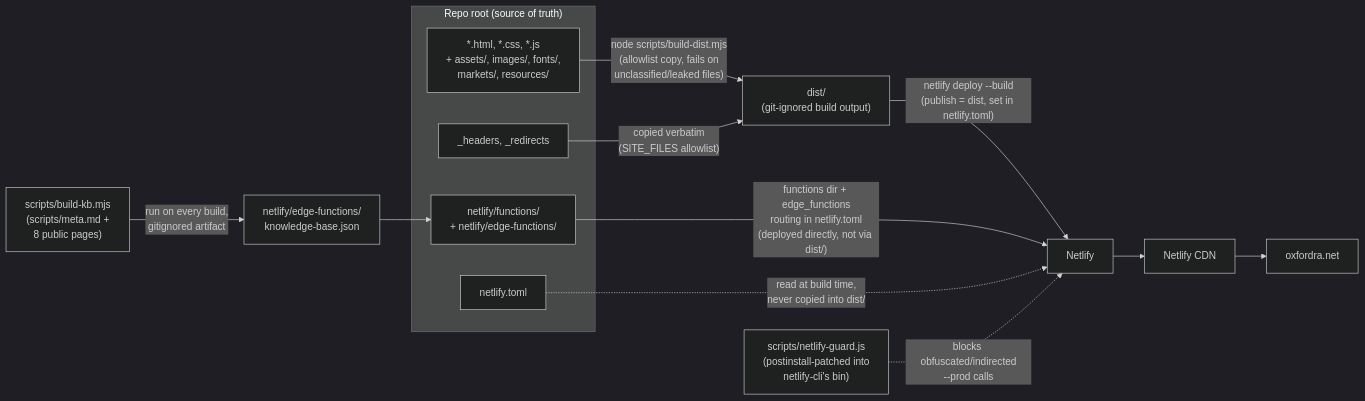
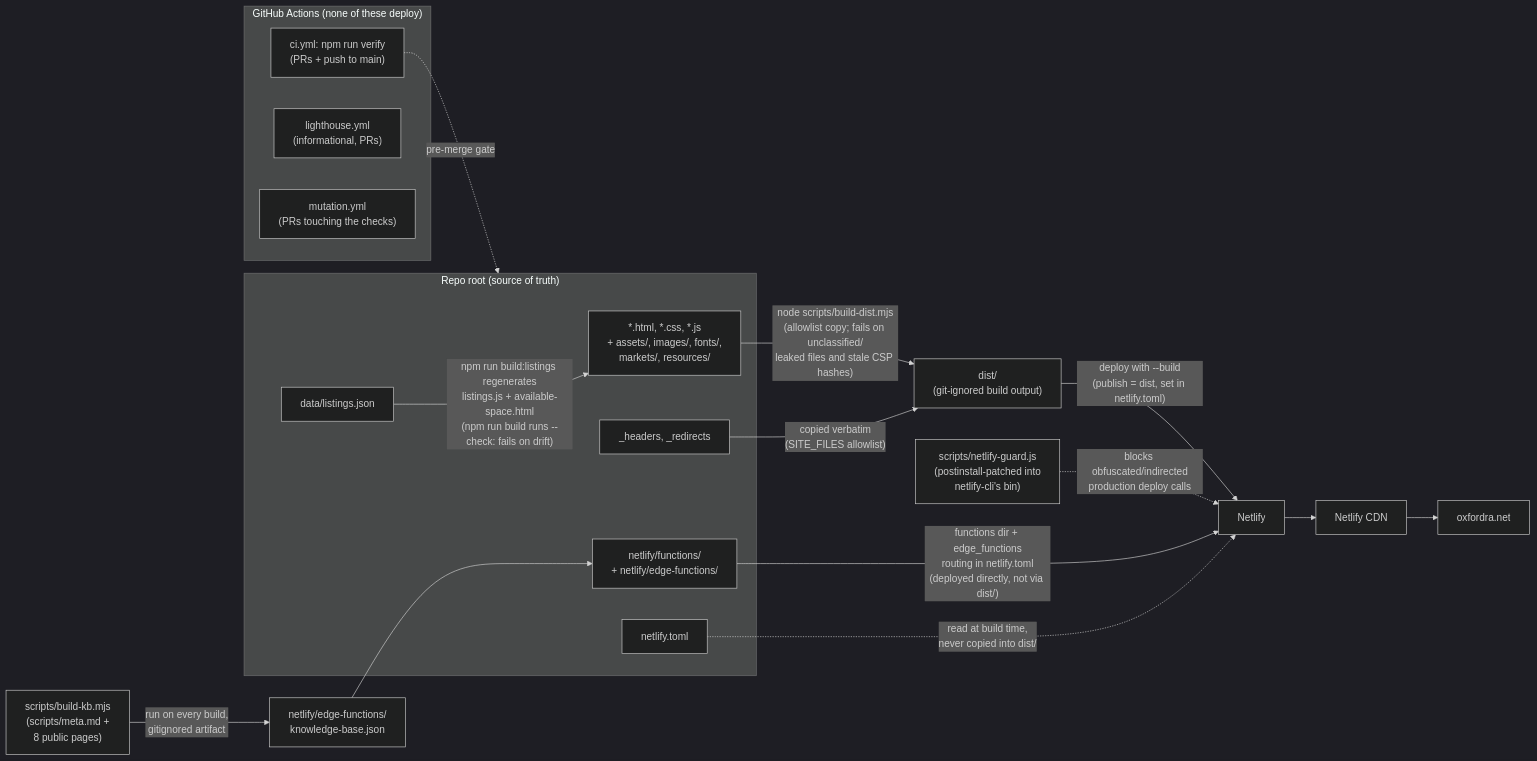
One commit to ZeOoba/Website changed the first of 3 diagrams in README.md. Above: the diagram before and after it, drawn with Mermaid (dark theme). The commit also changed other lines of this file, not shown here.

Commit message:
docs: refresh README and architecture diagrams

````diff
--- a/README.md
+++ b/README.md
@@ -9,24 +9,34 @@
 ```mermaid
 flowchart LR
     subgraph Source["Repo root (source of truth)"]
         HTML["*.html, *.css, *.js\n+ assets/, images/, fonts/,\nmarkets/, resources/"]
         PLAT["_headers, _redirects"]
+        LDATA["data/listings.json"]
         FN["netlify/functions/\n+ netlify/edge-functions/"]
         CFG["netlify.toml"]
     end
 
-    HTML -->|"node scripts/build-dist.mjs\n(allowlist copy, fails on\nunclassified/leaked files)"| DIST["dist/\n(git-ignored build output)"]
+    LDATA -->|"npm run build:listings regenerates\nlistings.js + available-space.html\n(npm run build runs --check: fails on drift)"| HTML
+
+    HTML -->|"node scripts/build-dist.mjs\n(allowlist copy; fails on unclassified/\nleaked files and stale CSP hashes)"| DIST["dist/\n(git-ignored build output)"]
     PLAT -->|"copied verbatim\n(SITE_FILES allowlist)"| DIST
 
     KB["scripts/build-kb.mjs\n(scripts/meta.md +\n8 public pages)"] -->|"run on every build,\ngitignored artifact"| KBJSON["netlify/edge-functions/\nknowledge-base.json"]
     KBJSON --> FN
 
-    DIST -->|"netlify deploy --build\n(publish = dist, set in netlify.toml)"| NETLIFY["Netlify"]
+    DIST -->|"deploy with --build\n(publish = dist, set in netlify.toml)"| NETLIFY["Netlify"]
     FN -->|"functions dir + edge_functions\nrouting in netlify.toml\n(deployed directly, not via dist/)"| NETLIFY
     CFG -.->|"read at build time,\nnever copied into dist/"| NETLIFY
 
     NETLIFY --> CDN["Netlify CDN"]
     CDN --> LIVE["oxfordra.net"]
 
-    GUARD["scripts/netlify-guard.js\n(postinstall-patched into\nnetlify-cli's bin)"] -.->|"blocks obfuscated/indirected\n--prod calls"| NETLIFY
+    GUARD["scripts/netlify-guard.js\n(postinstall-patched into\nnetlify-cli's bin)"] -.->|"blocks obfuscated/indirected\nproduction deploy calls"| NETLIFY
+
+    subgraph GHA["GitHub Actions (none of these deploy)"]
+        CI["ci.yml: npm run verify\n(PRs + push to main)"]
+        LH["lighthouse.yml\n(informational, PRs)"]
+        MUT["mutation.yml\n(PRs touching the checks)"]
+    end
+    CI -.->|"pre-merge gate"| Source
 ```
````
